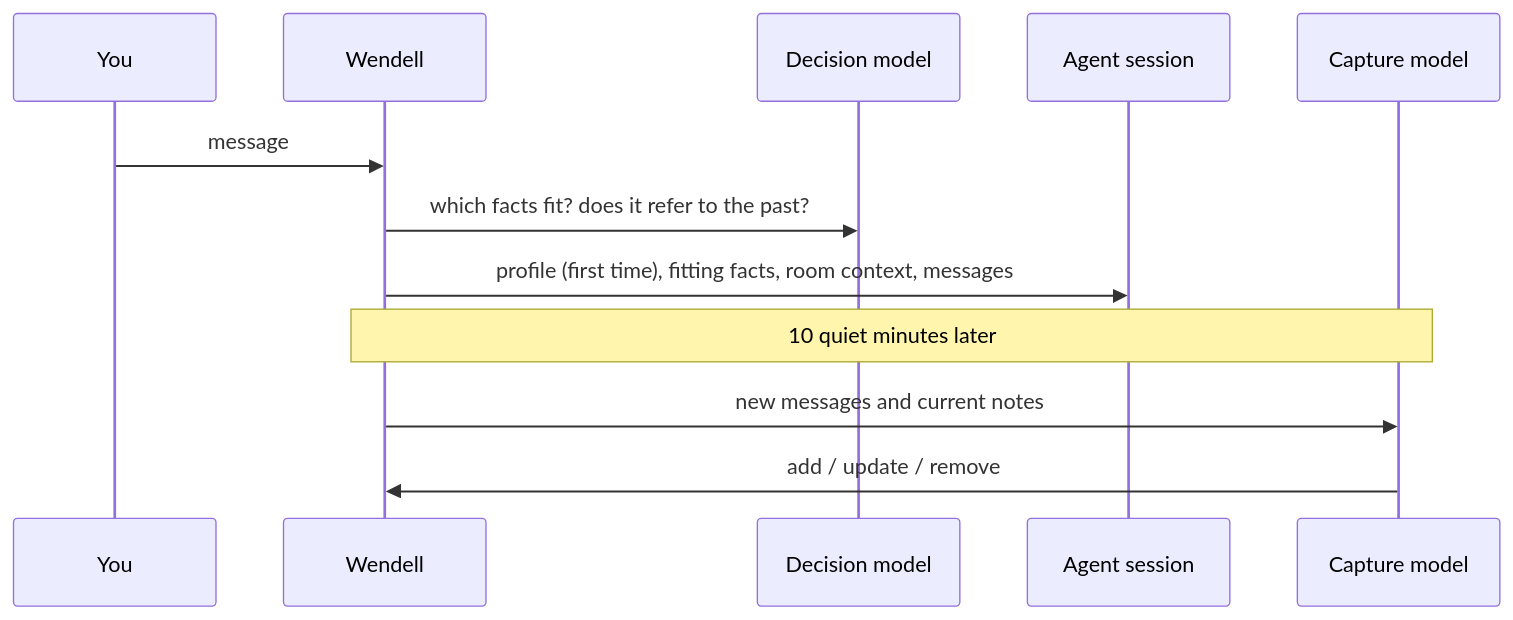
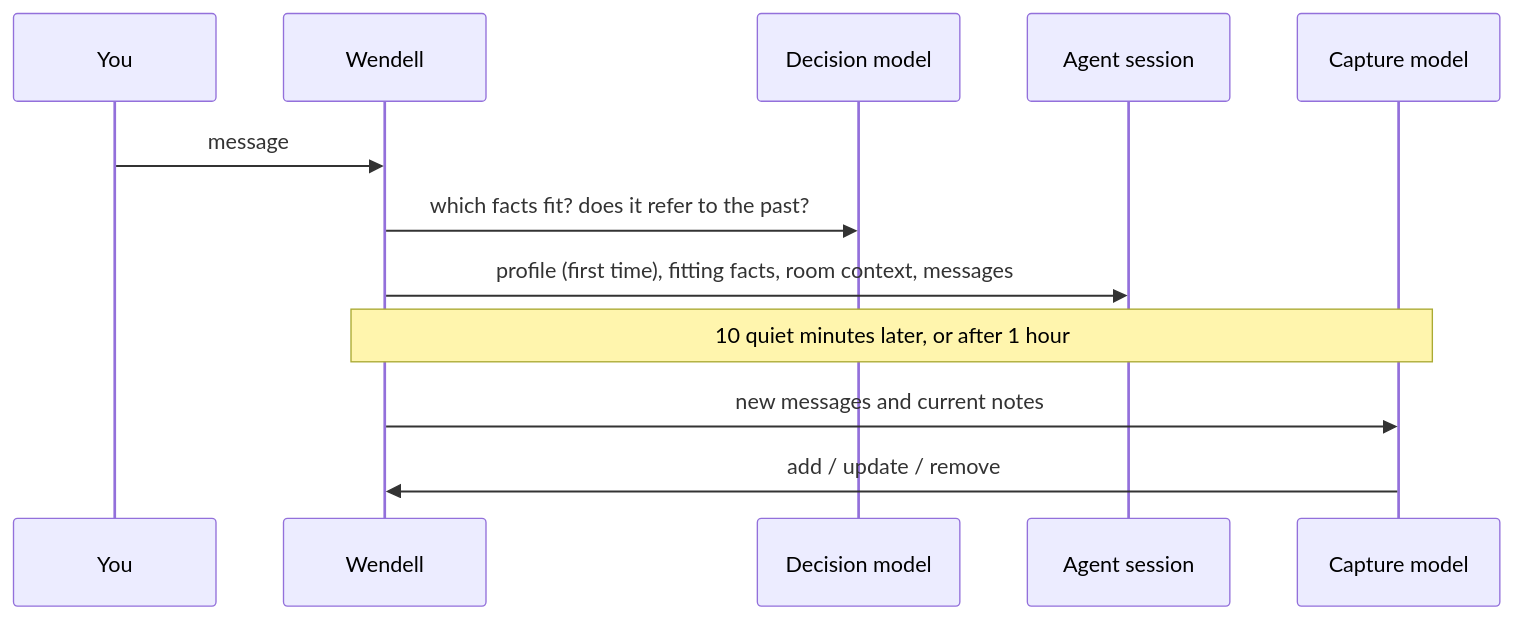
Before and after one commit to heditwo/wendell: the fifth of 6 diagrams in README.md, drawn with Mermaid. The commit also changed other lines of this file and 12 other files, not shown here.

````diff
--- a/README.md
+++ b/README.md
@@ -147,14 +154,14 @@
 ```mermaid
 sequenceDiagram
   participant You
   participant W as Wendell
   participant J as Decision model
   participant A as Agent session
   participant C as Capture model
   You->>W: message
   W->>J: which facts fit? does it refer to the past?
   W->>A: profile (first time), fitting facts, room context, messages
-  Note over W,C: 10 quiet minutes later
+  Note over W,C: 10 quiet minutes later, or after 1 hour
   W->>C: new messages and current notes
   C->>W: add / update / remove
 ```
````
